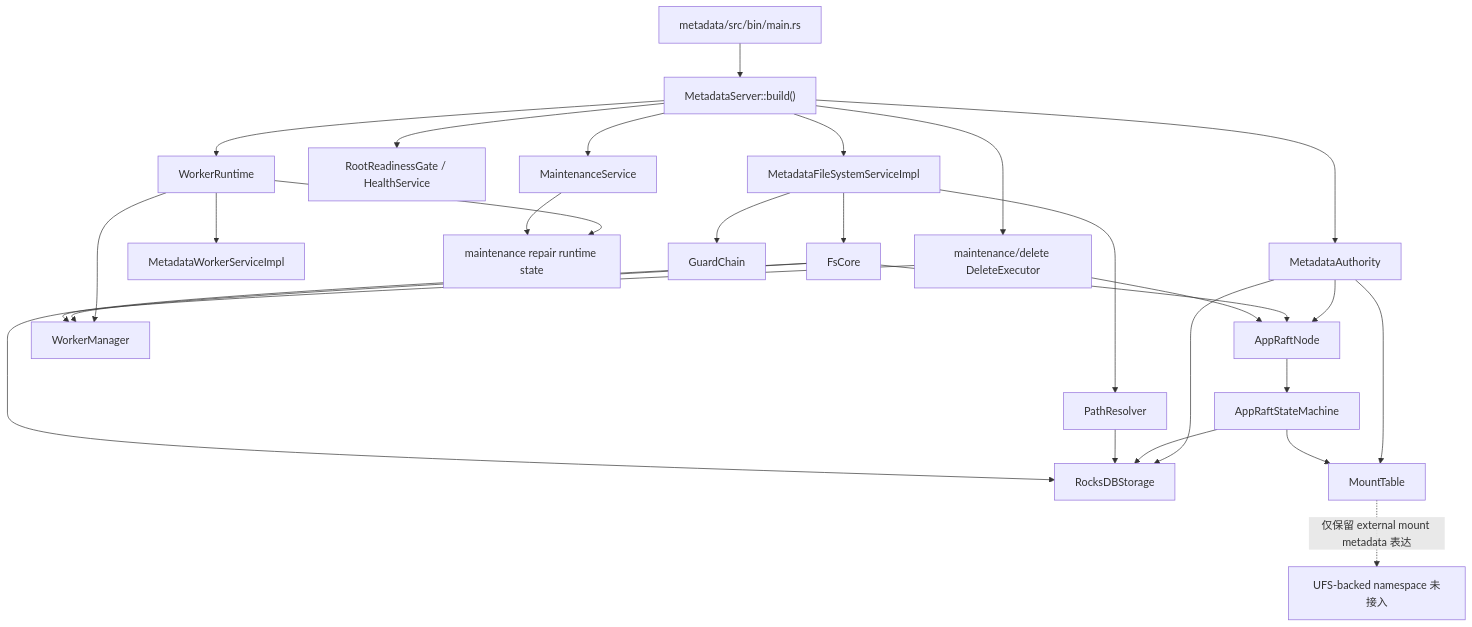
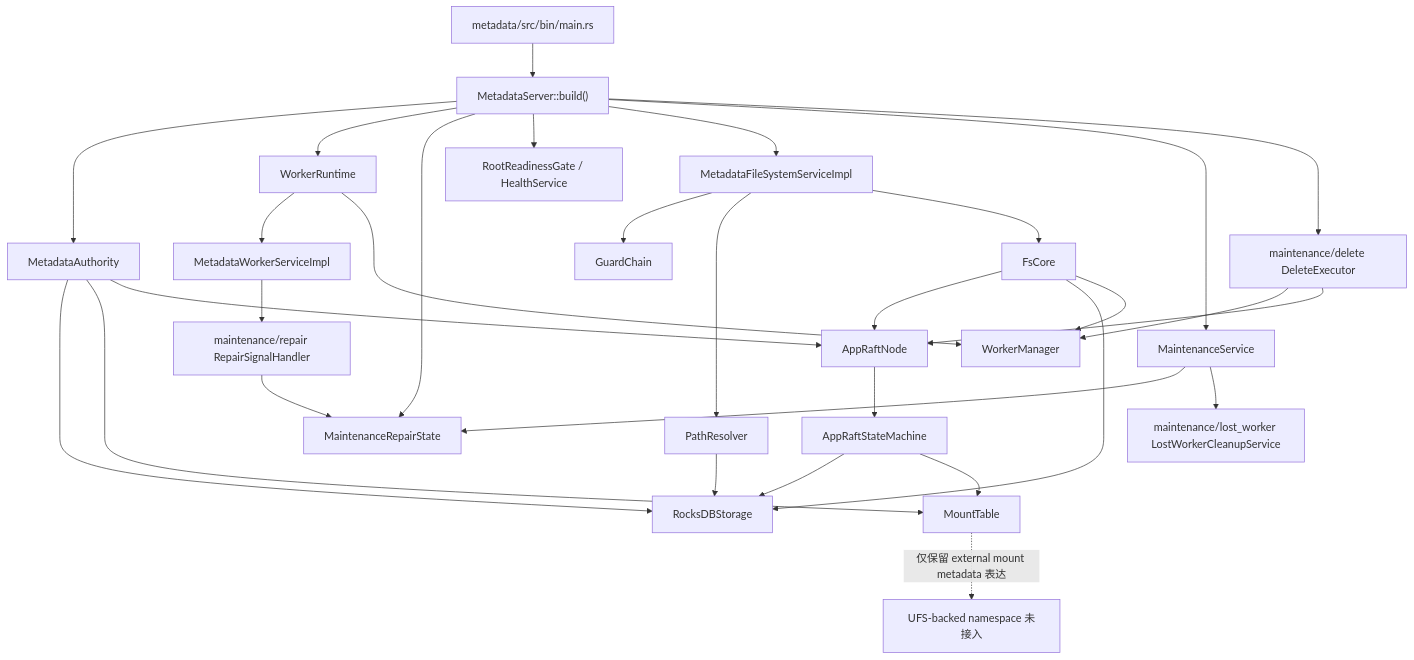
The diagram in metadata/README_ZH.md (zouhuajian/beryl), drawn with Mermaid before and after one commit. The commit also changed other lines of this file and 8 other files, not shown here.

Commit message:
metadata: move repair signal ownership into maintenance

````diff
--- a/metadata/README_ZH.md
+++ b/metadata/README_ZH.md
@@ -30,34 +30,37 @@
 ```mermaid
 flowchart TB
     Main["metadata/src/bin/main.rs"] --> Runtime["MetadataServer::build()"]
     Runtime --> Authority["MetadataAuthority"]
     Authority --> Storage["RocksDBStorage"]
     Authority --> Mount["MountTable"]
     Authority --> Raft["AppRaftNode"]
     Raft --> SM["AppRaftStateMachine"]
     SM --> Storage
     SM --> Mount
 
     Runtime --> WorkerRt["WorkerRuntime"]
     WorkerRt --> WorkerSvc["MetadataWorkerServiceImpl"]
     WorkerRt --> WorkerMgr["WorkerManager"]
-    WorkerRt --> Repair["maintenance repair runtime state"]
+    Runtime --> Repair["MaintenanceRepairState"]
+    WorkerSvc --> RepairSignal["maintenance/repair RepairSignalHandler"]
+    RepairSignal --> Repair
 
     Runtime --> Ready["RootReadinessGate / HealthService"]
     Runtime --> FS["MetadataFileSystemServiceImpl"]
     FS --> Guard["GuardChain"]
     FS --> Resolver["PathResolver"]
     FS --> Core["FsCore"]
     Resolver --> Storage
     Core --> Raft
     Core --> Storage
     Core --> WorkerMgr
 
     Runtime --> Maint["MaintenanceService"]
     Runtime --> DeleteExec["maintenance/delete DeleteExecutor"]
     Maint --> Repair
+    Maint --> LostWorker["maintenance/lost_worker LostWorkerCleanupService"]
     DeleteExec --> WorkerMgr
     DeleteExec --> Raft
 
     Mount -. "仅保留 external mount metadata 表达" .-> UFS["UFS-backed namespace 未接入"]
 ```
````
